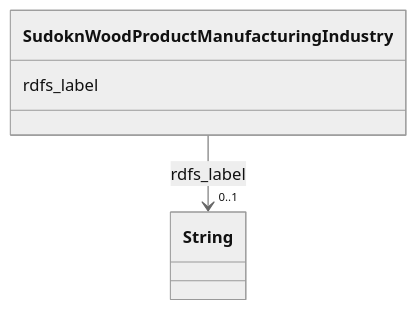
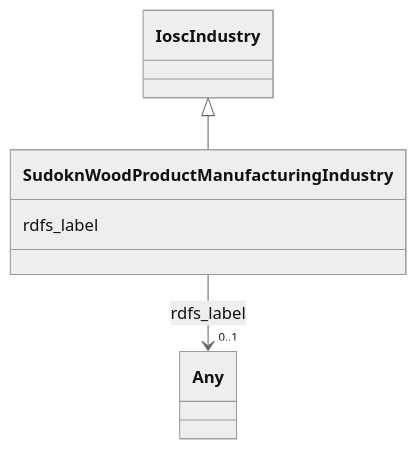
The diagram in sudokn-kg/classes/SudoknWoodProductManufacturingIndustry.md (frink-okn/graph-descriptions), drawn with Mermaid (neutral theme) before and after one commit. The commit also changed other lines of this file and 903 other files, not shown here.

````diff
--- a/sudokn-kg/classes/SudoknWoodProductManufacturingIndustry.md
+++ b/sudokn-kg/classes/SudoknWoodProductManufacturingIndustry.md
@@ -23,15 +18,18 @@
 ```mermaid
  classDiagram
     class SudoknWoodProductManufacturingIndustry
     click SudoknWoodProductManufacturingIndustry href "../SudoknWoodProductManufacturingIndustry"
+      IoscIndustry <|-- SudoknWoodProductManufacturingIndustry
+        click IoscIndustry href "../IoscIndustry"
+      
       SudoknWoodProductManufacturingIndustry : rdfs_label
         
           
     
     
-    SudoknWoodProductManufacturingIndustry --> "0..1" String : rdfs_label
-    click String href "../String"
+    SudoknWoodProductManufacturingIndustry --> "0..1" Any : rdfs_label
+    click Any href "../Any"
 
         
       
 ```
````
